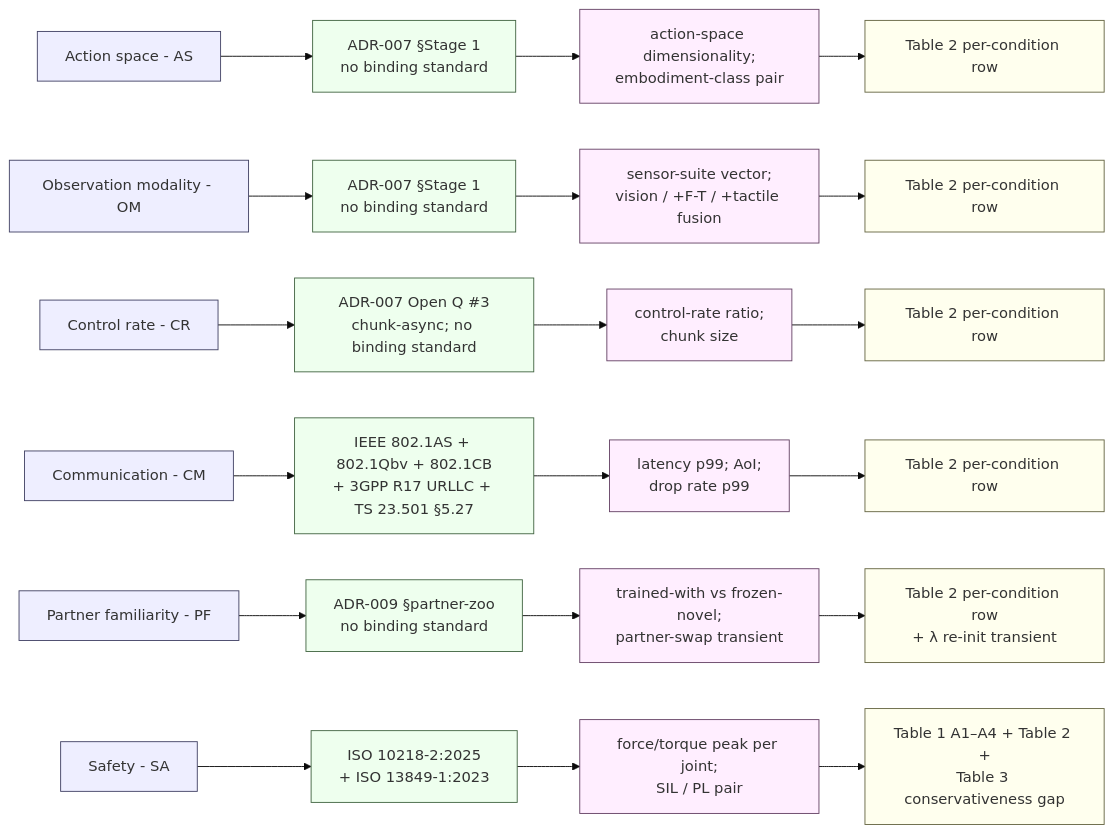
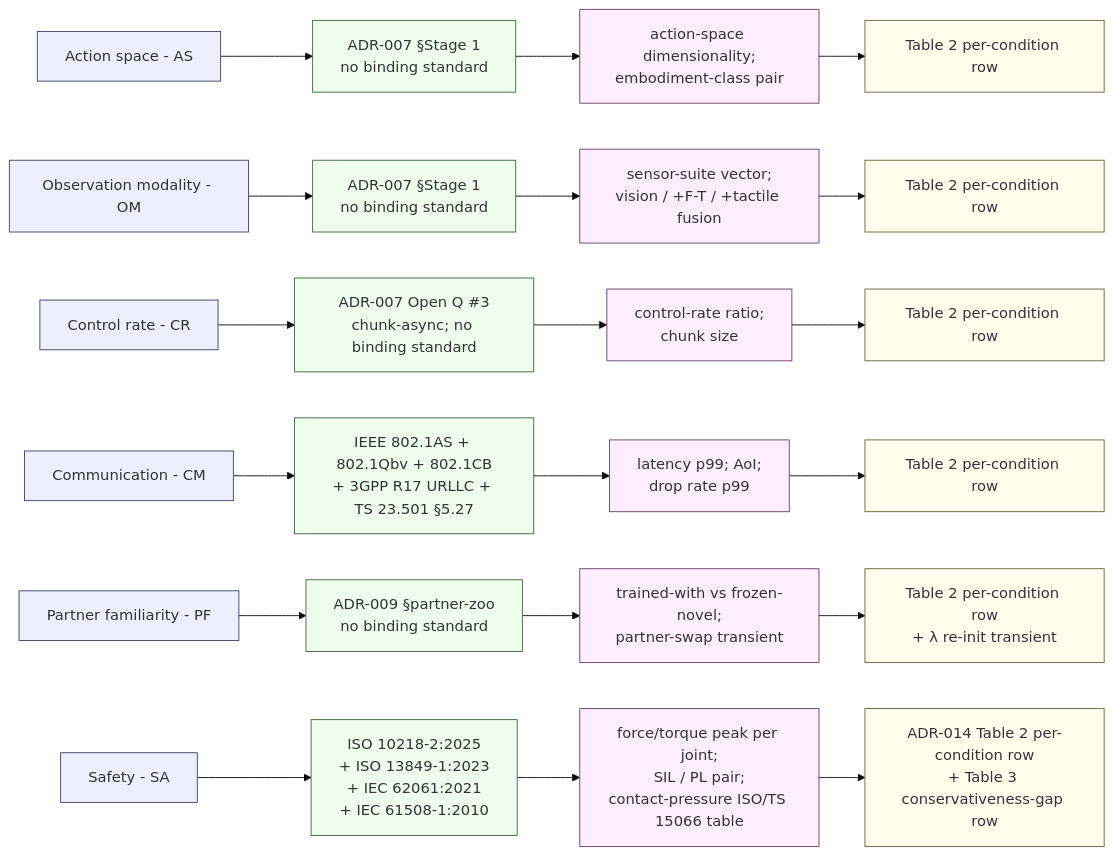
The diagram in docs/reference/standards.md (fsafaei/concerto), drawn with Mermaid (base theme) before and after one commit. The commit also changed other lines of this file and 2 other files, not shown here.

First line of the commit message:
docs(adr-014): add machine functional-safety stack and rliable reporting contract (#85)

````diff
--- a/docs/reference/standards.md
+++ b/docs/reference/standards.md
@@ -186,42 +241,42 @@
 ```mermaid
 flowchart LR
     classDef axis    fill:#eef,stroke:#446,stroke-width:1px;
     classDef std     fill:#efe,stroke:#464,stroke-width:1px;
     classDef metric  fill:#fef,stroke:#646,stroke-width:1px;
     classDef report  fill:#ffe,stroke:#664,stroke-width:1px;
 
     AS[Action space - AS]:::axis
     OM[Observation modality - OM]:::axis
     CR[Control rate - CR]:::axis
     CM[Communication - CM]:::axis
     PF[Partner familiarity - PF]:::axis
     SA[Safety - SA]:::axis
 
     AS_S[ADR-007 §Stage 1<br/>no binding standard]:::std
     OM_S[ADR-007 §Stage 1<br/>no binding standard]:::std
     CR_S[ADR-007 Open Q #3<br/>chunk-async; no binding standard]:::std
     CM_S[IEEE 802.1AS + 802.1Qbv + 802.1CB<br/>+ 3GPP R17 URLLC + TS 23.501 §5.27]:::std
     PF_S[ADR-009 §partner-zoo<br/>no binding standard]:::std
-    SA_S[ISO 10218-2:2025<br/>+ ISO 13849-1:2023]:::std
+    SA_S[ISO 10218-2:2025<br/>+ ISO 13849-1:2023<br/>+ IEC 62061:2021<br/>+ IEC 61508-1:2010]:::std
 
     AS_M[action-space dimensionality;<br/>embodiment-class pair]:::metric
     OM_M[sensor-suite vector;<br/>vision / +F-T / +tactile fusion]:::metric
     CR_M[control-rate ratio;<br/>chunk size]:::metric
     CM_M[latency p99; AoI;<br/>drop rate p99]:::metric
     PF_M[trained-with vs frozen-novel;<br/>partner-swap transient]:::metric
-    SA_M[force/torque peak per joint;<br/>SIL / PL pair]:::metric
+    SA_M[force/torque peak per joint;<br/>SIL / PL pair;<br/>contact-pressure ISO/TS 15066 table]:::metric
 
     AS_R[Table 2 per-condition row]:::report
     OM_R[Table 2 per-condition row]:::report
     CR_R[Table 2 per-condition row]:::report
     CM_R[Table 2 per-condition row]:::report
     PF_R[Table 2 per-condition row<br/>+ λ re-init transient]:::report
-    SA_R[Table 1 A1–A4 + Table 2 +<br/>Table 3 conservativeness gap]:::report
+    SA_R[ADR-014 Table 2 per-condition row<br/>+ Table 3 conservativeness-gap row]:::report
 
     AS --> AS_S --> AS_M --> AS_R
     OM --> OM_S --> OM_M --> OM_R
     CR --> CR_S --> CR_M --> CR_R
     CM --> CM_S --> CM_M --> CM_R
     PF --> PF_S --> PF_M --> PF_R
     SA --> SA_S --> SA_M --> SA_R
 ```
````
